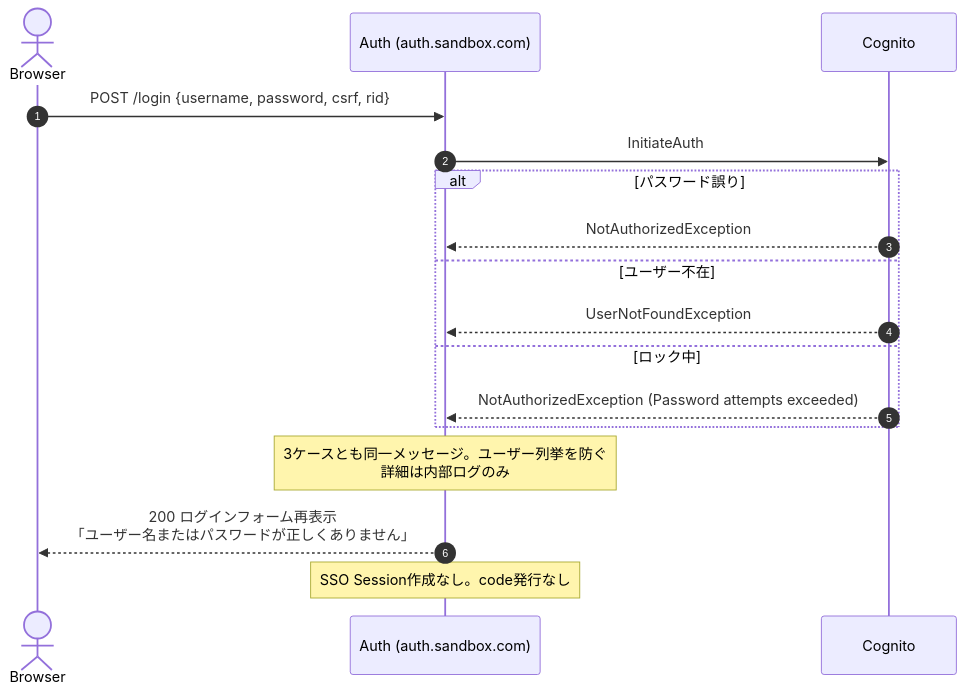
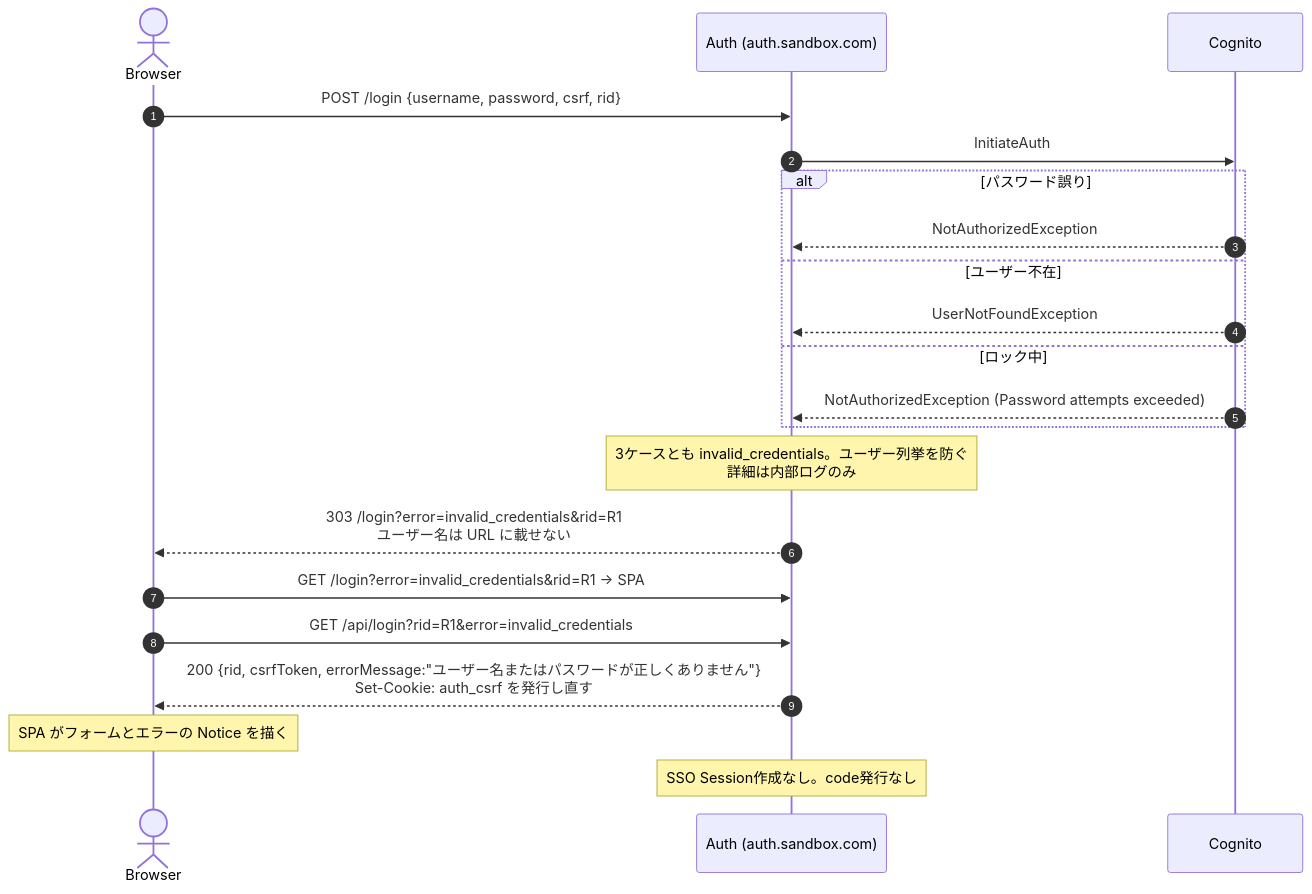
One commit to daisuke-tanabe/multi-domain-sandbox changed diagram 12 of 16 in docs/design/02-auth-sequences.md. Above: the diagram before and after it, drawn with Mermaid. The commit also changed other lines of this file and 41 other files, not shown here.

First line of the commit message:
feat: auth の画面を React Router v8 の SPA にする

````diff
--- a/docs/design/02-auth-sequences.md
+++ b/docs/design/02-auth-sequences.md
@@ -469,20 +474,24 @@
 ```mermaid
 sequenceDiagram
     autonumber
     actor Browser
     participant Auth as Auth (auth.sandbox.com)
     participant Cognito
 
     Browser->>Auth: POST /login {username, password, csrf, rid}
     Auth->>Cognito: InitiateAuth
     alt パスワード誤り
         Cognito-->>Auth: NotAuthorizedException
     else ユーザー不在
         Cognito-->>Auth: UserNotFoundException
     else ロック中
         Cognito-->>Auth: NotAuthorizedException (Password attempts exceeded)
     end
-    Note over Auth: 3ケースとも同一メッセージ。ユーザー列挙を防ぐ<br/>詳細は内部ログのみ
-    Auth-->>Browser: 200 ログインフォーム再表示<br/>「ユーザー名またはパスワードが正しくありません」
+    Note over Auth: 3ケースとも invalid_credentials。ユーザー列挙を防ぐ<br/>詳細は内部ログのみ
+    Auth-->>Browser: 303 /login?error=invalid_credentials&rid=R1<br/>ユーザー名は URL に載せない
+    Browser->>Auth: GET /login?error=invalid_credentials&rid=R1 → SPA
+    Browser->>Auth: GET /api/login?rid=R1&error=invalid_credentials
+    Auth-->>Browser: 200 {rid, csrfToken, errorMessage:"ユーザー名またはパスワードが正しくありません"}<br/>Set-Cookie: auth_csrf を発行し直す
+    Note over Browser: SPA がフォームとエラーの Notice を描く
     Note over Auth: SSO Session作成なし。code発行なし
 ```
````
